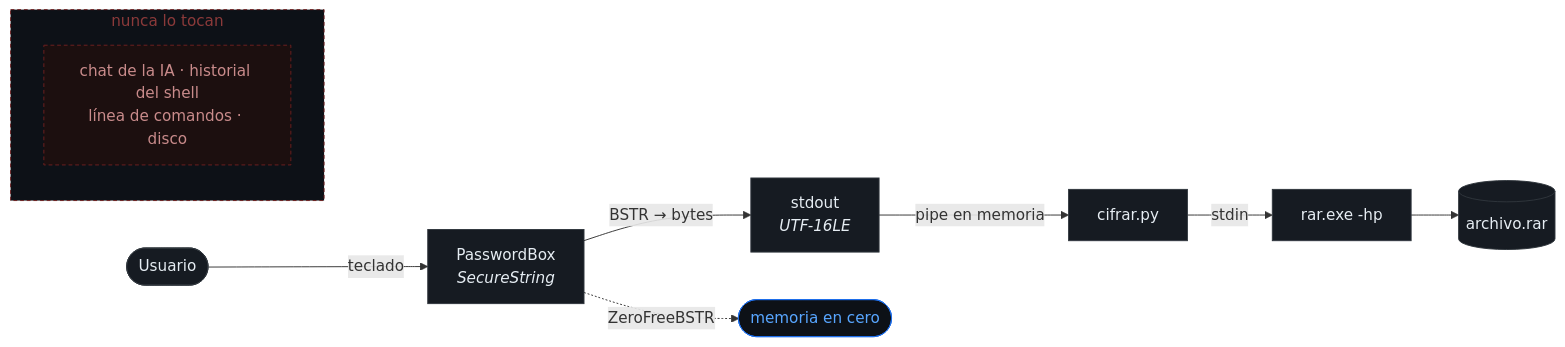
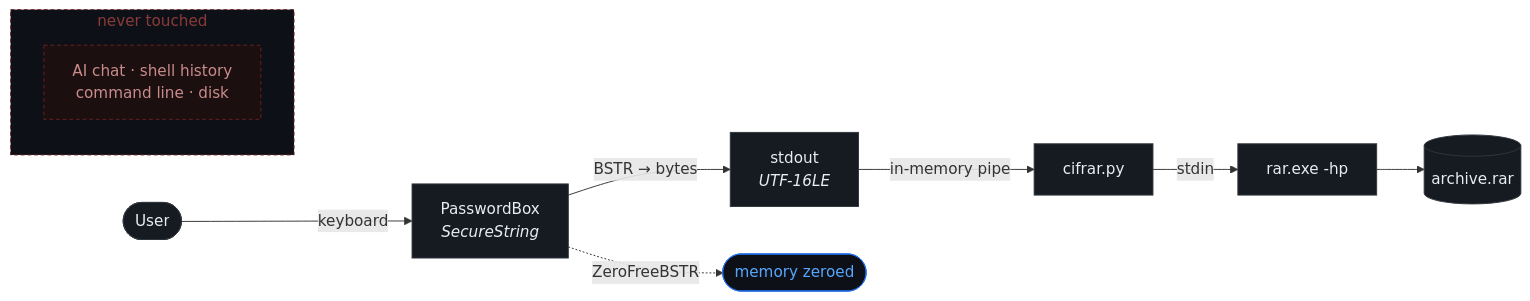
One commit to Hermew/Parchecker changed the diagram in README.md. Above: the diagram before and after it, drawn with Mermaid. The commit also changed other lines of this file and 3 other files, not shown here.

````diff
--- a/README.md
+++ b/README.md
@@ -33,22 +39,22 @@
 ```mermaid
 flowchart LR
-    U([Usuario]) -->|teclado| PB["PasswordBox<br/><i>SecureString</i>"]
+    U([User]) -->|keyboard| PB["PasswordBox<br/><i>SecureString</i>"]
     PB -->|"BSTR → bytes"| SO["stdout<br/><i>UTF-16LE</i>"]
-    SO -->|pipe en memoria| PY["cifrar.py"]
+    SO -->|"in-memory pipe"| PY["cifrar.py"]
     PY -->|stdin| RAR["rar.exe -hp"]
-    RAR --> OUT[("archivo.rar")]
+    RAR --> OUT[("archive.rar")]
 
-    PB -.->|ZeroFreeBSTR| Z(["memoria en cero"])
+    PB -.->|ZeroFreeBSTR| Z(["memory zeroed"])
 
-    subgraph NUNCA ["nunca lo tocan"]
-        X["chat de la IA · historial del shell<br/>línea de comandos · disco"]
+    subgraph NEVER ["never touched"]
+        X["AI chat · shell history<br/>command line · disk"]
     end
 
-    classDef ruta fill:#161b22,stroke:#30363d,color:#e6edf3
-    classDef prohibido fill:#1c0f0f,stroke:#6e2020,color:#c98b8b,stroke-dasharray:4 3
-    classDef limpio fill:#0d1117,stroke:#1f6feb,color:#58a6ff
-    class U,PB,SO,PY,RAR,OUT ruta
-    class X prohibido
-    class Z limpio
-    style NUNCA fill:#0d1117,stroke:#6e2020,stroke-dasharray:4 3,color:#8b3a3a
+    classDef path fill:#161b22,stroke:#30363d,color:#e6edf3
+    classDef forbidden fill:#1c0f0f,stroke:#6e2020,color:#c98b8b,stroke-dasharray:4 3
+    classDef clean fill:#0d1117,stroke:#1f6feb,color:#58a6ff
+    class U,PB,SO,PY,RAR,OUT path
+    class X forbidden
+    class Z clean
+    style NEVER fill:#0d1117,stroke:#6e2020,stroke-dasharray:4 3,color:#8b3a3a
 ```
````
